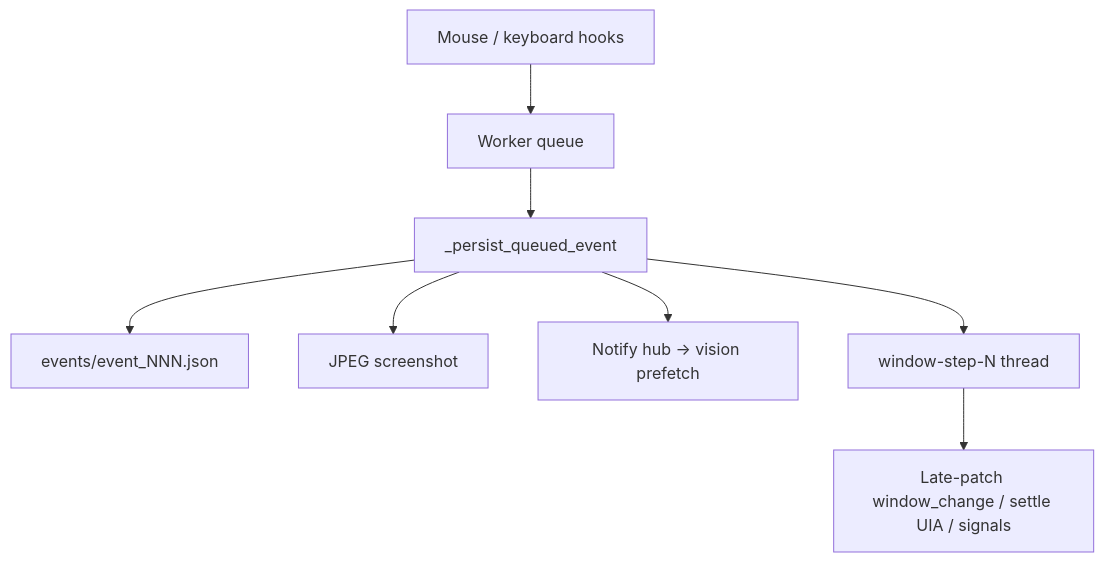
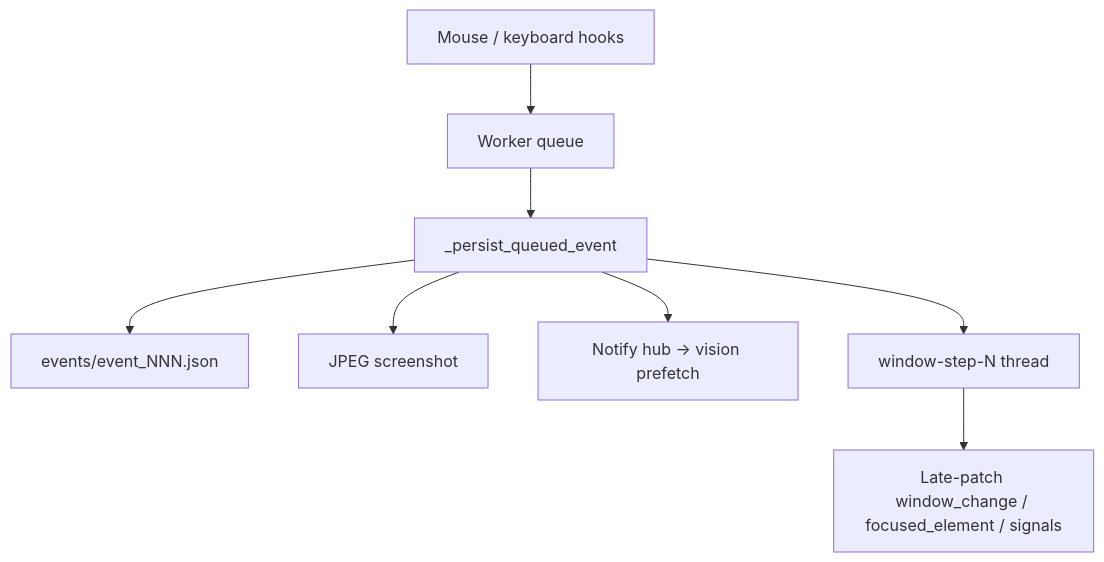
The third of 6 diagrams in docs/recording-flow.md (josephorng/QualityAssuranceAgent), drawn with Mermaid before and after one commit. The commit also changed other lines of this file and 7 other files, not shown here.

````diff
--- a/docs/recording-flow.md
+++ b/docs/recording-flow.md
@@ -70,10 +74,10 @@
 ```mermaid
 flowchart TD
   Mouse[Mouse / keyboard hooks] --> Q[Worker queue]
   Q --> Persist[_persist_queued_event]
   Persist --> JSON[events/event_NNN.json]
   Persist --> Shot[JPEG screenshot]
   Persist --> Notify[Notify hub → vision prefetch]
   Persist --> WinStep[window-step-N thread]
-  WinStep --> Patch[Late-patch window_change / settle UIA / signals]
+  WinStep --> Patch[Late-patch window_change / focused_element / signals]
 ```
````
